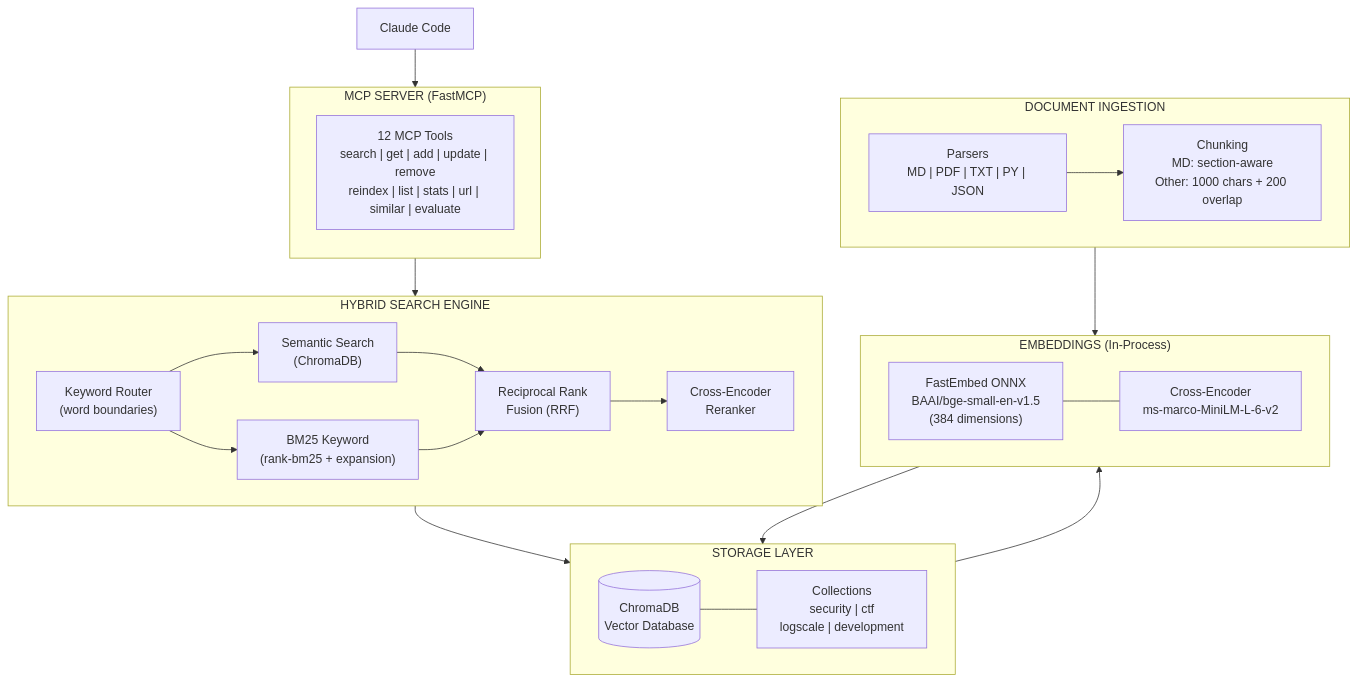
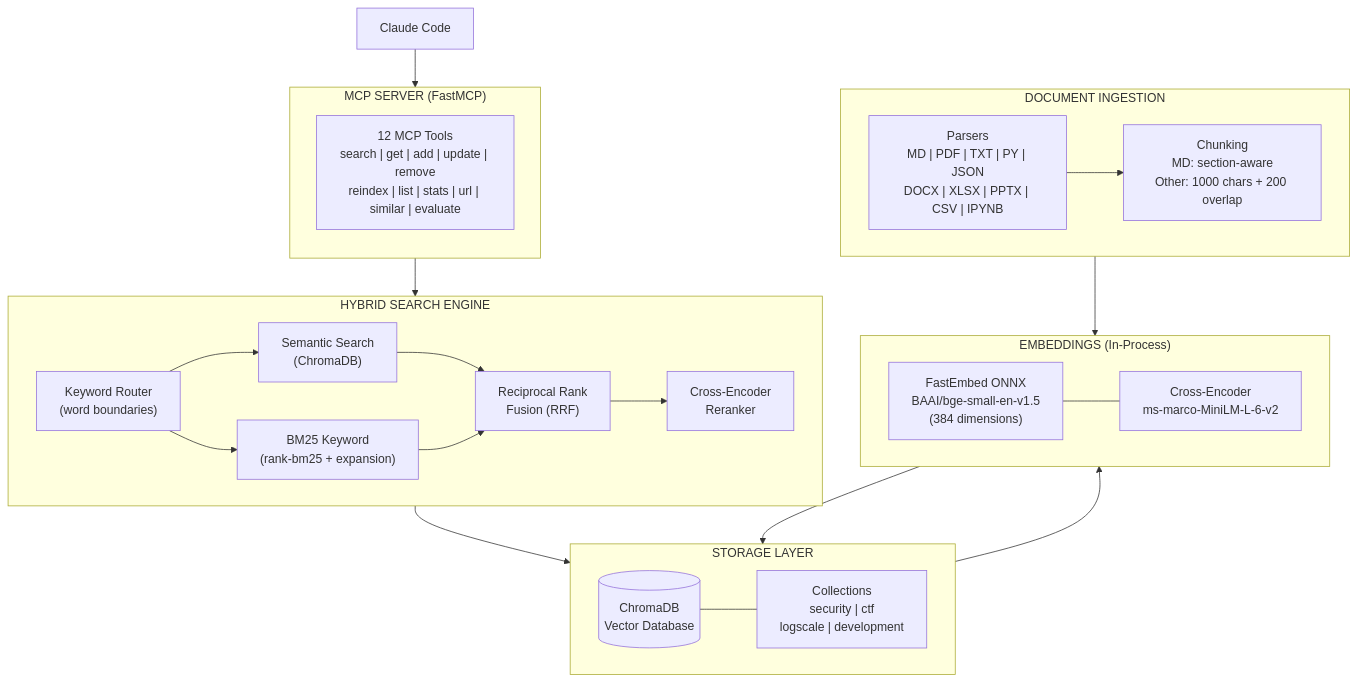
Before and after one commit to imakealol/knowledge-rag: the first of 4 diagrams in README.md, drawn with Mermaid. The commit also changed other lines of this file and 5 other files, not shown here.

````diff
--- a/README.md
+++ b/README.md
@@ -243,48 +284,48 @@
 ```mermaid
 flowchart TB
     subgraph MCP["MCP SERVER (FastMCP)"]
         direction TB
         TOOLS["12 MCP Tools<br/>search | get | add | update | remove<br/>reindex | list | stats | url | similar | evaluate"]
     end
 
     subgraph SEARCH["HYBRID SEARCH ENGINE"]
         direction LR
         ROUTER["Keyword Router<br/>(word boundaries)"]
         SEMANTIC["Semantic Search<br/>(ChromaDB)"]
         BM25["BM25 Keyword<br/>(rank-bm25 + expansion)"]
         RRF["Reciprocal Rank<br/>Fusion (RRF)"]
         RERANK["Cross-Encoder<br/>Reranker"]
 
         ROUTER --> SEMANTIC
         ROUTER --> BM25
         SEMANTIC --> RRF
         BM25 --> RRF
         RRF --> RERANK
     end
 
     subgraph STORAGE["STORAGE LAYER"]
         direction LR
         CHROMA[("ChromaDB<br/>Vector Database")]
         COLLECTIONS["Collections<br/>security | ctf<br/>logscale | development"]
         CHROMA --- COLLECTIONS
     end
 
     subgraph EMBED["EMBEDDINGS (In-Process)"]
         FASTEMBED["FastEmbed ONNX<br/>BAAI/bge-small-en-v1.5<br/>(384 dimensions)"]
         CROSSENC["Cross-Encoder<br/>ms-marco-MiniLM-L-6-v2"]
         FASTEMBED --- CROSSENC
     end
 
     subgraph INGEST["DOCUMENT INGESTION"]
-        PARSERS["Parsers<br/>MD | PDF | TXT | PY | JSON"]
+        PARSERS["Parsers<br/>MD | PDF | TXT | PY | JSON<br/>DOCX | XLSX | PPTX | CSV | IPYNB"]
         CHUNKER["Chunking<br/>MD: section-aware<br/>Other: 1000 chars + 200 overlap"]
         PARSERS --> CHUNKER
     end
 
     CLAUDE["Claude Code"] --> MCP
     MCP --> SEARCH
     SEARCH --> STORAGE
     STORAGE --> EMBED
     INGEST --> EMBED
     EMBED --> STORAGE
 ```
````
